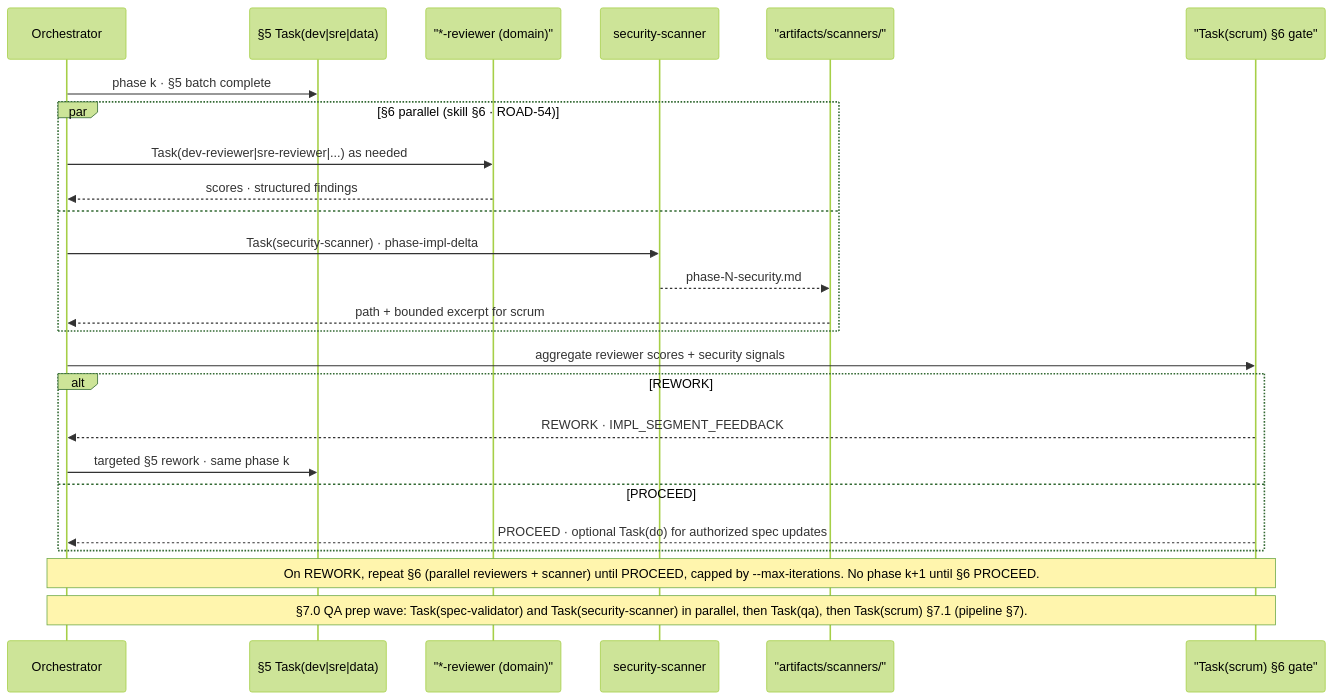
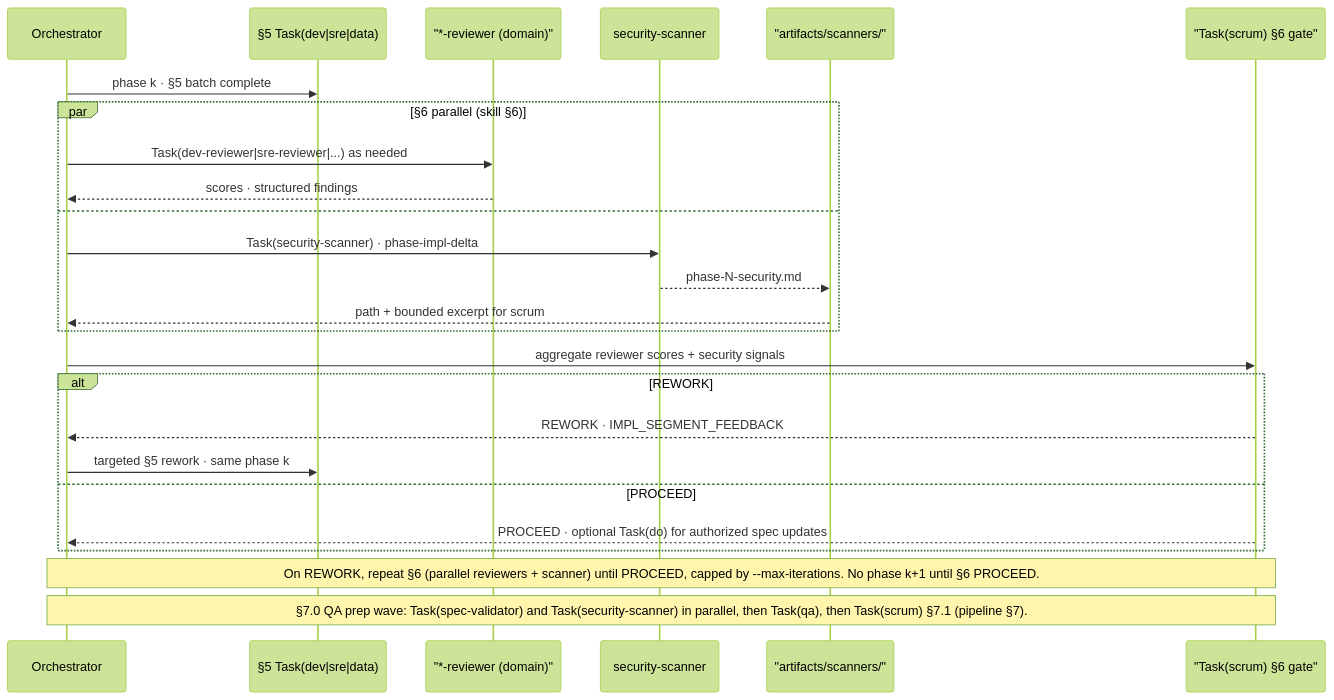
Before and after one commit to wtaiatella/beacon: the third of 3 diagrams in README.md, drawn with Mermaid (forest theme). The commit also changed other lines of this file and 100 other files, not shown here.

First line of the commit message:
chore: remove the roadmap subsystem entirely (persona, scripts, docs/roadmaps/)

````diff
--- a/README.md
+++ b/README.md
@@ -214,32 +210,32 @@
 ```mermaid
 sequenceDiagram
     participant O as Orchestrator
     participant Impl as §5 Task(dev|sre|data)
     participant Rev as "*-reviewer (domain)"
     participant Sec as security-scanner
     participant Art as "artifacts/scanners/"
     participant Sc as "Task(scrum) §6 gate"
 
     O->>Impl: phase k · §5 batch complete
 
-    par §6 parallel (skill §6 · ROAD-54)
+    par §6 parallel (skill §6)
         O->>Rev: Task(dev-reviewer|sre-reviewer|...) as needed
         Rev-->>O: scores · structured findings
     and
         O->>Sec: Task(security-scanner) · phase-impl-delta
         Sec-->>Art: phase-N-security.md
         Art-->>O: path + bounded excerpt for scrum
     end
 
     O->>Sc: aggregate reviewer scores + security signals
     alt REWORK
         Sc-->>O: REWORK · IMPL_SEGMENT_FEEDBACK
         O->>Impl: targeted §5 rework · same phase k
     else PROCEED
         Sc-->>O: PROCEED · optional Task(do) for authorized spec updates
     end
 
     Note over O,Sc: On REWORK, repeat §6 (parallel reviewers + scanner) until PROCEED, capped by --max-iterations. No phase k+1 until §6 PROCEED.
 
     Note over O,Sc: §7.0 QA prep wave: Task(spec-validator) and Task(security-scanner) in parallel, then Task(qa), then Task(scrum) §7.1 (pipeline §7).
 ```
````
